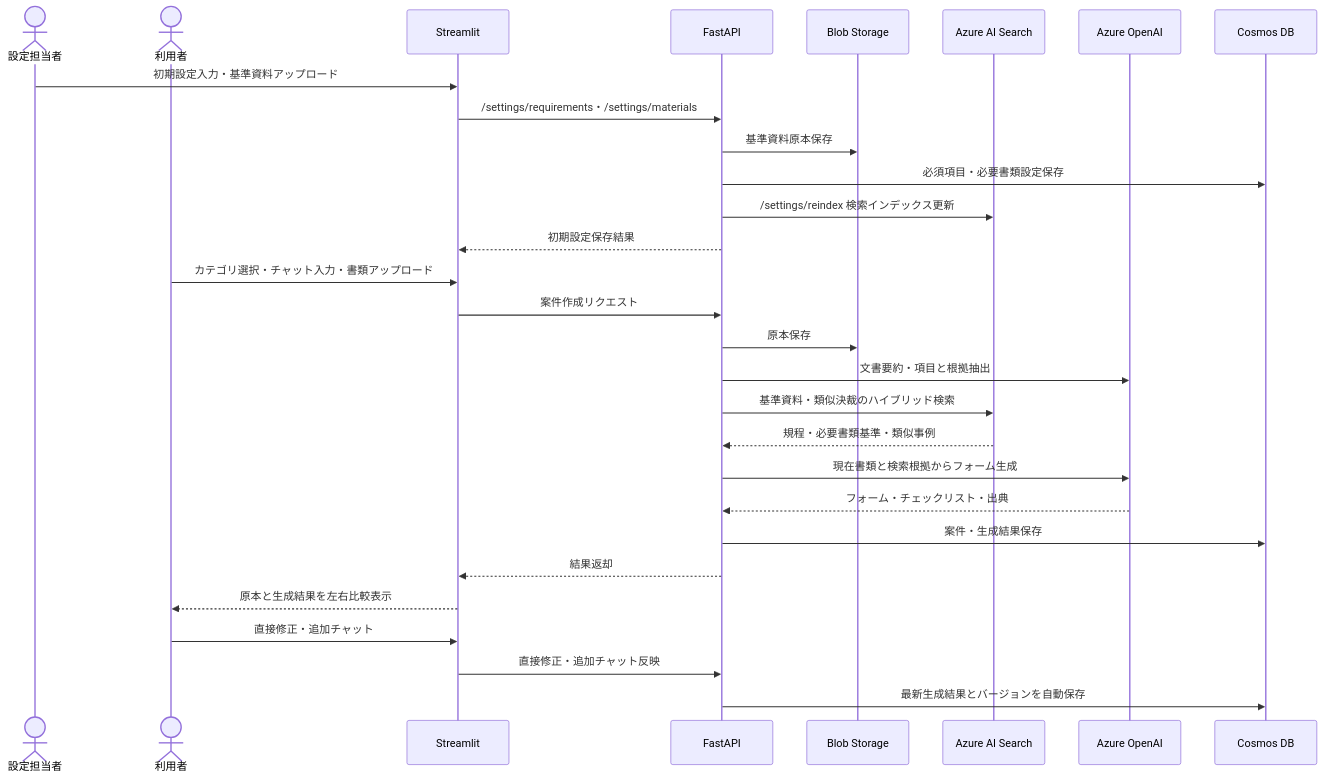
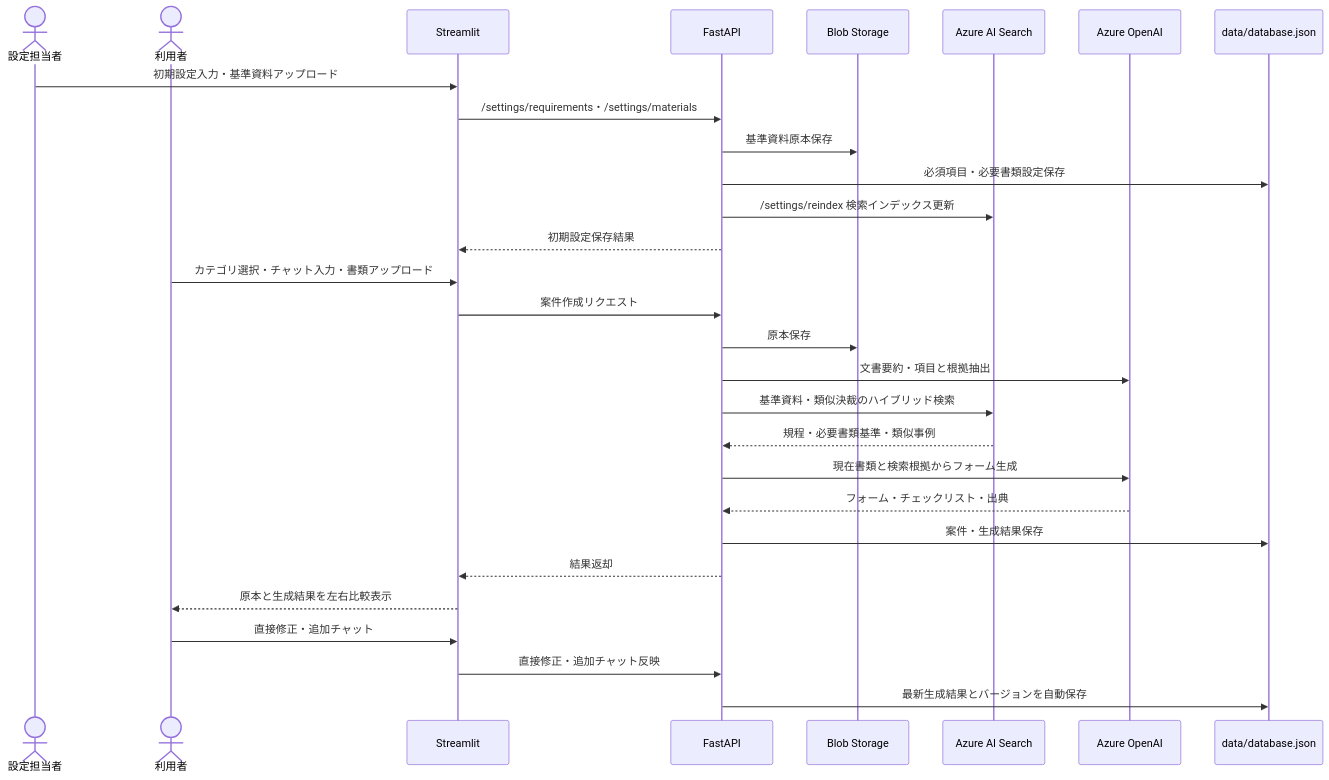
The second of 5 diagrams in docs/decision_rag_design_spec_ja.md (intaegi/ai_assist_project), drawn with Mermaid before and after one commit. The commit also changed other lines of this file and 61 other files, not shown here.

````diff
--- a/docs/decision_rag_design_spec_ja.md
+++ b/docs/decision_rag_design_spec_ja.md
@@ -225,33 +222,33 @@
 ```mermaid
 sequenceDiagram
     actor Admin as 設定担当者
     actor U as 利用者
     participant S as Streamlit
     participant F as FastAPI
     participant B as Blob Storage
     participant A as Azure AI Search
     participant O as Azure OpenAI
-    participant C as Cosmos DB
+    participant C as data/database.json
 
     Admin->>S: 初期設定入力・基準資料アップロード
     S->>F: /settings/requirements・/settings/materials
     F->>B: 基準資料原本保存
     F->>C: 必須項目・必要書類設定保存
     F->>A: /settings/reindex 検索インデックス更新
     F-->>S: 初期設定保存結果
 
     U->>S: カテゴリ選択・チャット入力・書類アップロード
     S->>F: 案件作成リクエスト
     F->>B: 原本保存
     F->>O: 文書要約・項目と根拠抽出
     F->>A: 基準資料・類似決裁のハイブリッド検索
     A-->>F: 規程・必要書類基準・類似事例
     F->>O: 現在書類と検索根拠からフォーム生成
     O-->>F: フォーム・チェックリスト・出典
     F->>C: 案件・生成結果保存
     F-->>S: 結果返却
     S-->>U: 原本と生成結果を左右比較表示
     U->>S: 直接修正・追加チャット
     S->>F: 直接修正・追加チャット反映
     F->>C: 最新生成結果とバージョンを自動保存
 ```
````
